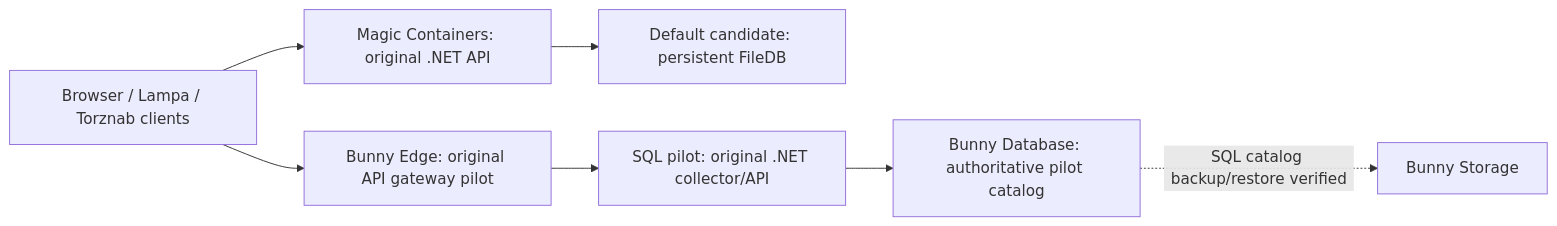
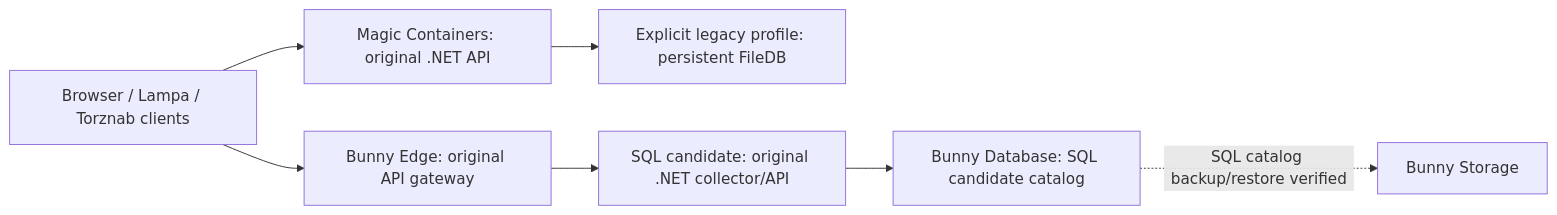
Before and after one commit to vbrekher/jacred-bunny: the diagram in README.md, drawn with Mermaid. The commit also changed other lines of this file and 2 other files, not shown here.

Commit message:
Document SQL install boundaries and reconcile unpublished drafts

````diff
--- a/README.md
+++ b/README.md
@@ -79,9 +63,9 @@
 ```mermaid
 flowchart LR
   Clients[Browser / Lampa / Torznab clients] --> MC[Magic Containers: original .NET API]
-  MC --> FDB[Default candidate: persistent FileDB]
-  Clients --> Gateway[Bunny Edge: original API gateway pilot]
-  Gateway --> Pilot[SQL pilot: original .NET collector/API]
-  Pilot --> SQL[Bunny Database: authoritative pilot catalog]
+  MC --> FDB[Explicit legacy profile: persistent FileDB]
+  Clients --> Gateway[Bunny Edge: original API gateway]
+  Gateway --> Pilot[SQL candidate: original .NET collector/API]
+  Pilot --> SQL[Bunny Database: SQL candidate catalog]
   SQL -. SQL catalog backup/restore verified .-> Storage[Bunny Storage]
 ```
````
